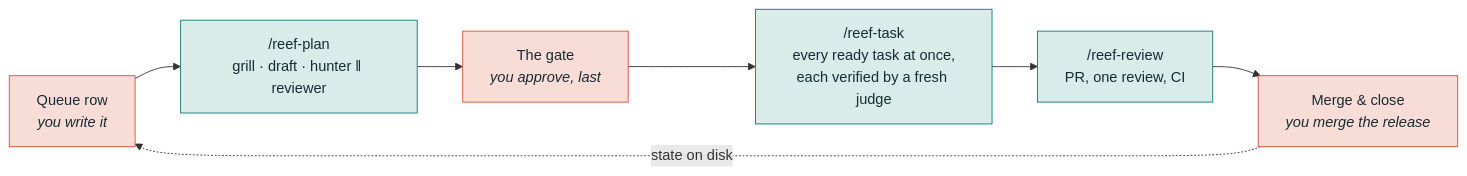
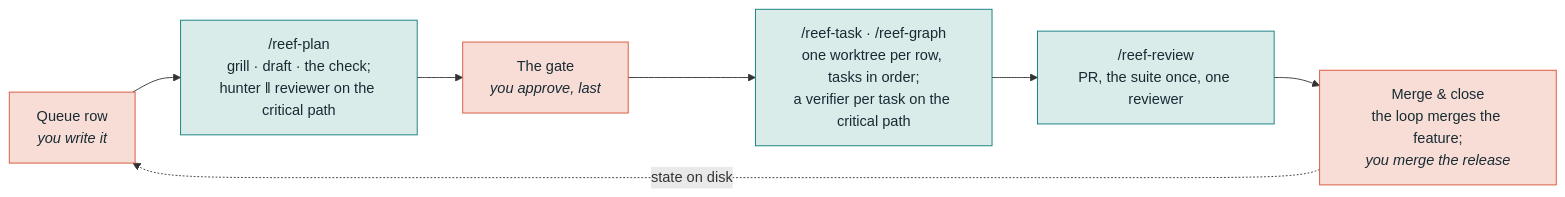
One commit to MahmoudMoe/reef changed the diagram in README.md. Above: the diagram before and after it, drawn with Mermaid. The commit also changed other lines of this file and 4 other files, not shown here.

Commit message:
the README, the site and the Arabic manual at workflow v3: risk decides the path, evidence once per commit, one reviewer, the loop merges, the runner's questions, the proxy by day, the factory (#197)

````diff
--- a/README.md
+++ b/README.md
@@ -109,13 +112,13 @@
 ```mermaid
 flowchart LR
-    Q["Queue row<br/><i>you write it</i>"] --> P["/reef-plan<br/>grill · draft · hunter ‖ reviewer"]
+    Q["Queue row<br/><i>you write it</i>"] --> P["/reef-plan<br/>grill · draft · the check;<br/>hunter ‖ reviewer on the critical path"]
     P --> R["The gate<br/><i>you approve, last</i>"]
-    R --> T["/reef-task<br/>every ready task at once,<br/>each verified by a fresh judge"]
-    T --> V["/reef-review<br/>PR, one review, CI"]
-    V --> M["Merge &amp; close<br/><i>you merge the release</i>"]
+    R --> T["/reef-task · /reef-graph<br/>one worktree per row, tasks in order;<br/>a verifier per task on the critical path"]
+    T --> V["/reef-review<br/>PR, the suite once, one reviewer"]
+    V --> M["Merge &amp; close<br/>the loop merges the feature;<br/><i>you merge the release</i>"]
     M -.->|"state on disk"| Q
     classDef you fill:#F8DDD6,stroke:#D94F35,color:#182B33
     classDef code fill:#D9ECEA,stroke:#0E7C7B,color:#182B33
     class Q,R,M you
     class P,T,V code
 ```
````
